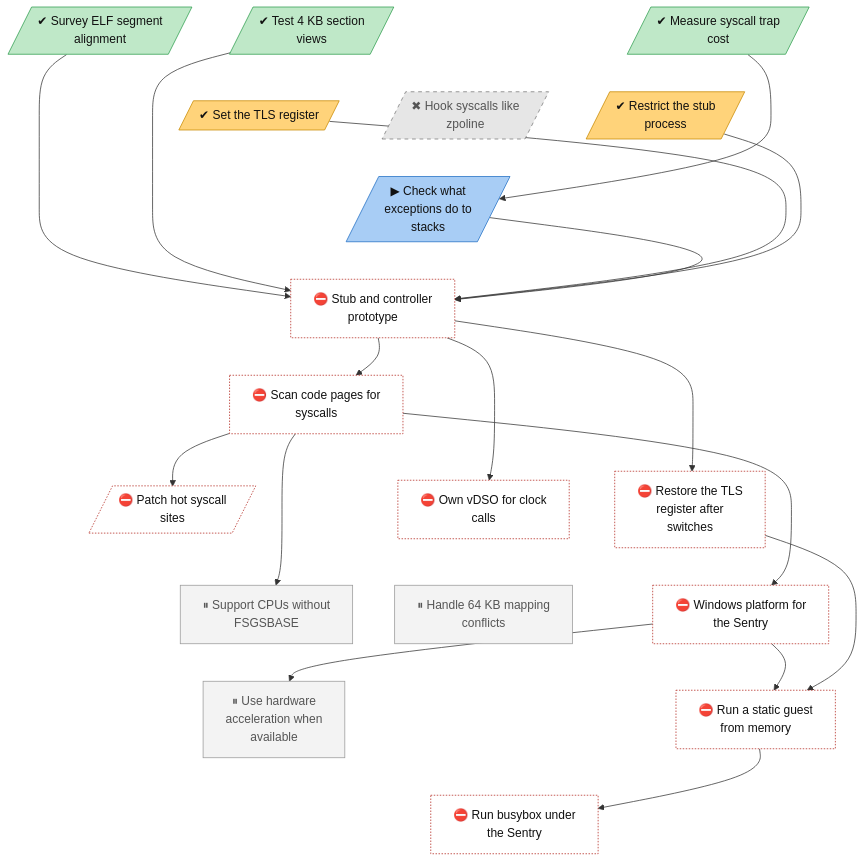
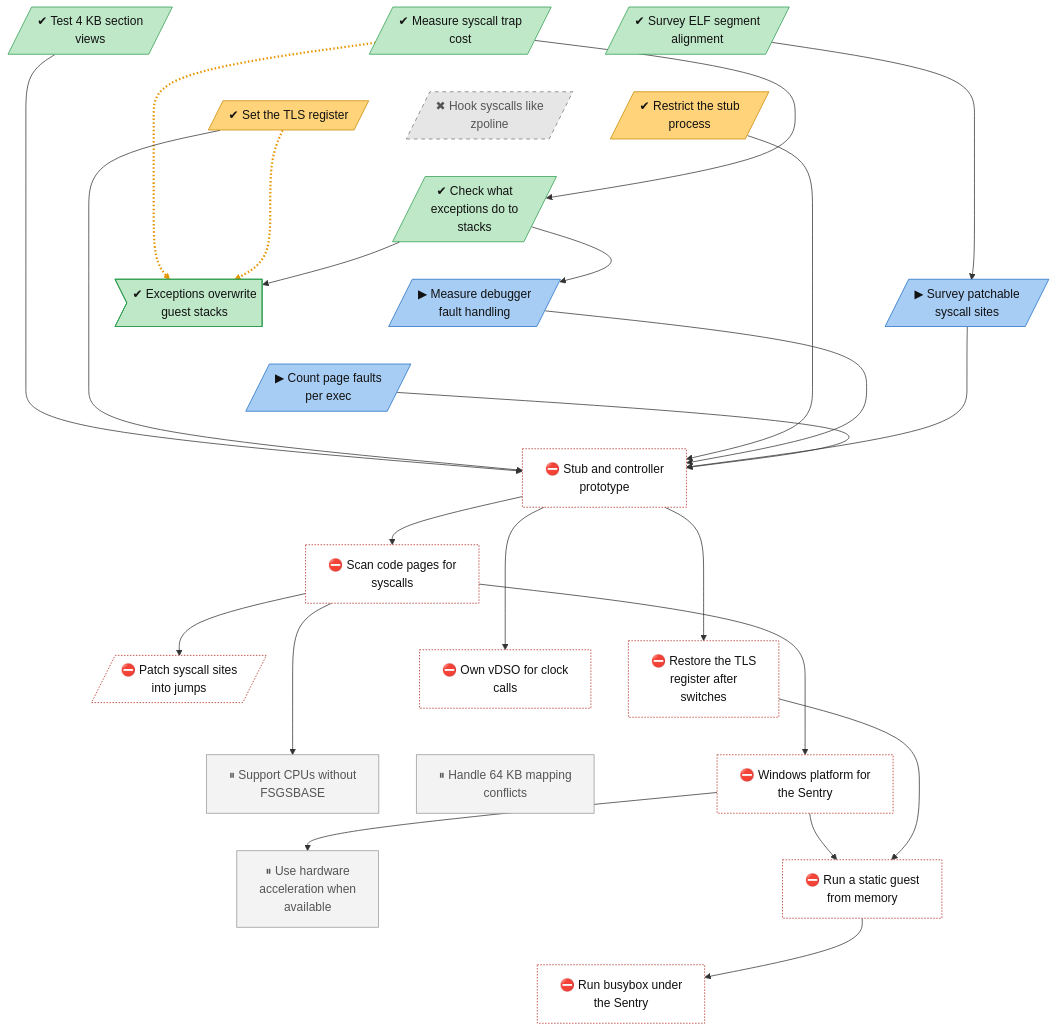
Before and after one commit to lhns/gvisor-windows: the diagram in docs/roadmap/tracks/platform.md, drawn with Mermaid. The commit also changed other lines of this file and 6 other files, not shown here.

First line of the commit message:
Route guest faults through the debugger and patch syscalls (ADR 0010)

````diff
--- a/docs/roadmap/tracks/platform.md
+++ b/docs/roadmap/tracks/platform.md
@@ -15,10 +15,14 @@
     platform_tls_register[/"✔ Set the TLS register"/]
     platform_restricted_stub[/"✔ Restrict the stub<br/>process"/]
     platform_zpoline_hooks[/"✖ Hook syscalls like<br/>zpoline"/]
-    platform_exception_stack[/"▶ Check what<br/>exceptions do to<br/>stacks"/]
+    platform_exception_stack[/"✔ Check what<br/>exceptions do to<br/>stacks"/]
+    platform_veh_on_guest_stack_unsafe>"✔ Exceptions overwrite<br/>guest stacks"]
+    platform_debug_event_cost[/"▶ Measure debugger<br/>fault handling"/]
+    platform_syscall_site_survey[/"▶ Survey patchable<br/>syscall sites"/]
+    platform_faults_per_exec[/"▶ Count page faults<br/>per exec"/]
     platform_stub_controller["⛔ Stub and controller<br/>prototype"]
     platform_page_verification["⛔ Scan code pages for<br/>syscalls"]
-    platform_syscall_fast_path[/"⛔ Patch hot syscall<br/>sites"/]
+    platform_syscall_fast_path[/"⛔ Patch syscall sites<br/>into jumps"/]
     platform_own_vdso["⛔ Own vDSO for clock<br/>calls"]
     platform_fs_base_repair["⛔ Restore the TLS<br/>register after<br/>switches"]
     platform_no_fsgsbase_fallback["⏸ Support CPUs without<br/>FSGSBASE"]
@@ -33,7 +37,13 @@
     platform_tls_register ~~~ platform_exception_stack
     platform_restricted_stub ~~~ platform_exception_stack
     platform_zpoline_hooks ~~~ platform_exception_stack
-    platform_exception_stack ~~~ platform_stub_controller
+    platform_exception_stack ~~~ platform_veh_on_guest_stack_unsafe
+    platform_exception_stack ~~~ platform_debug_event_cost
+    platform_exception_stack ~~~ platform_syscall_site_survey
+    platform_veh_on_guest_stack_unsafe ~~~ platform_faults_per_exec
+    platform_debug_event_cost ~~~ platform_faults_per_exec
+    platform_syscall_site_survey ~~~ platform_faults_per_exec
+    platform_faults_per_exec ~~~ platform_stub_controller
     platform_stub_controller ~~~ platform_page_verification
     platform_page_verification ~~~ platform_syscall_fast_path
     platform_page_verification ~~~ platform_own_vdso
@@ -46,12 +56,18 @@
     platform_winstub ~~~ platform_static_guest_from_memory
     platform_hardware_acceleration ~~~ platform_busybox_on_windows
     platform_static_guest_from_memory ~~~ platform_busybox_on_windows
+    platform_trap_cost -.-> platform_veh_on_guest_stack_unsafe
+    platform_tls_register -.-> platform_veh_on_guest_stack_unsafe
     platform_trap_cost --> platform_exception_stack
-    platform_elf_alignment_survey --> platform_stub_controller
+    platform_exception_stack --> platform_veh_on_guest_stack_unsafe
+    platform_exception_stack --> platform_debug_event_cost
+    platform_elf_alignment_survey --> platform_syscall_site_survey
     platform_4k_section_views --> platform_stub_controller
     platform_tls_register --> platform_stub_controller
     platform_restricted_stub --> platform_stub_controller
-    platform_exception_stack --> platform_stub_controller
+    platform_debug_event_cost --> platform_stub_controller
+    platform_syscall_site_survey --> platform_stub_controller
+    platform_faults_per_exec --> platform_stub_controller
     platform_stub_controller --> platform_page_verification
     platform_page_verification --> platform_syscall_fast_path
     platform_stub_controller --> platform_own_vdso
@@ -62,6 +78,7 @@
     platform_winstub --> platform_static_guest_from_memory
     platform_fs_base_repair --> platform_static_guest_from_memory
     platform_static_guest_from_memory --> platform_busybox_on_windows
+    linkStyle 25,26 stroke:#e69500,stroke-width:3px,stroke-dasharray:2 3
     classDef vsucc fill:#2e9e4f,stroke:#1b6b34,color:#fff
     classDef succ fill:#bfe8c8,stroke:#2e9e4f,color:#111
     classDef mixed fill:#ffd37a,stroke:#c98a00,color:#111
@@ -76,10 +93,10 @@
     classDef decided fill:#ece0f7,stroke:#7b3fb5,stroke-dasharray:2 2,color:#111
     classDef finding fill:#ffe0b2,stroke:#d84315,stroke-width:2px,color:#111
     classDef waiting fill:#e3f2fd,stroke:#1f6fc5,stroke-dasharray:5 5,color:#111
-    class platform_elf_alignment_survey,platform_trap_cost,platform_4k_section_views succ
+    class platform_elf_alignment_survey,platform_trap_cost,platform_4k_section_views,platform_exception_stack,platform_veh_on_guest_stack_unsafe succ
     class platform_tls_register,platform_restricted_stub mixed
     class platform_zpoline_hooks dead
-    class platform_exception_stack inprog
+    class platform_debug_event_cost,platform_syscall_site_survey,platform_faults_per_exec inprog
     class platform_stub_controller,platform_page_verification,platform_syscall_fast_path,platform_own_vdso,platform_fs_base_repair,platform_winstub,platform_static_guest_from_memory,platform_busybox_on_windows blocked
     class platform_no_fsgsbase_fallback,platform_64k_mapping_conflicts,platform_hardware_acceleration parked
 ```
````
